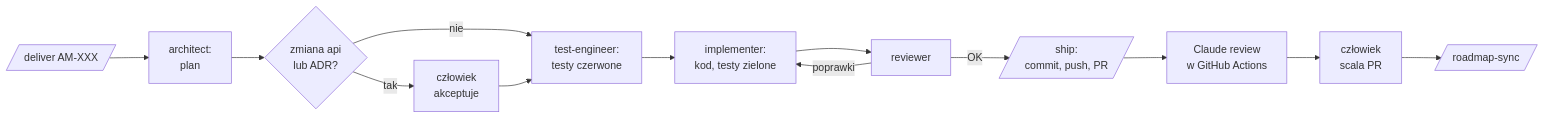
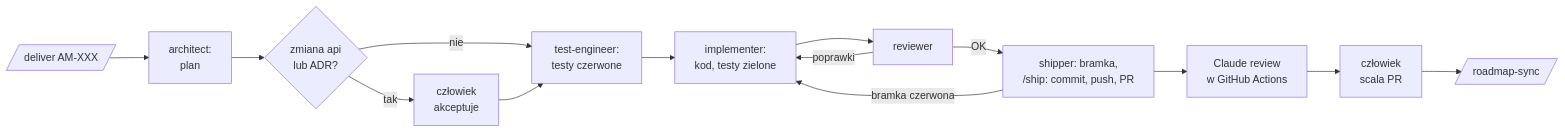
One commit to KrystianKatafoni/agent-manager changed the diagram in docs/14-agent-claude-code.md. Above: the diagram before and after it, drawn with Mermaid. The commit also changed other lines of this file and 6 other files, not shown here.

````diff
--- a/docs/14-agent-claude-code.md
+++ b/docs/14-agent-claude-code.md
@@ -37,15 +38,16 @@
 ```mermaid
 flowchart LR
   A[/deliver AM-XXX/] --> B[architect:<br/>plan]
   B --> C{zmiana api<br/>lub ADR?}
   C -- tak --> H1[człowiek<br/>akceptuje]
   C -- nie --> D
   H1 --> D[test-engineer:<br/>testy czerwone]
   D --> E[implementer:<br/>kod, testy zielone]
   E --> F[reviewer]
   F -- poprawki --> E
-  F -- OK --> G[/ship:<br/>commit, push, PR/]
+  F -- OK --> G[shipper: bramka,<br/>/ship: commit, push, PR]
+  G -- bramka czerwona --> E
   G --> R[Claude review<br/>w GitHub Actions]
   R --> H2[człowiek<br/>scala PR]
   H2 --> S[/roadmap-sync/]
 ```
````
